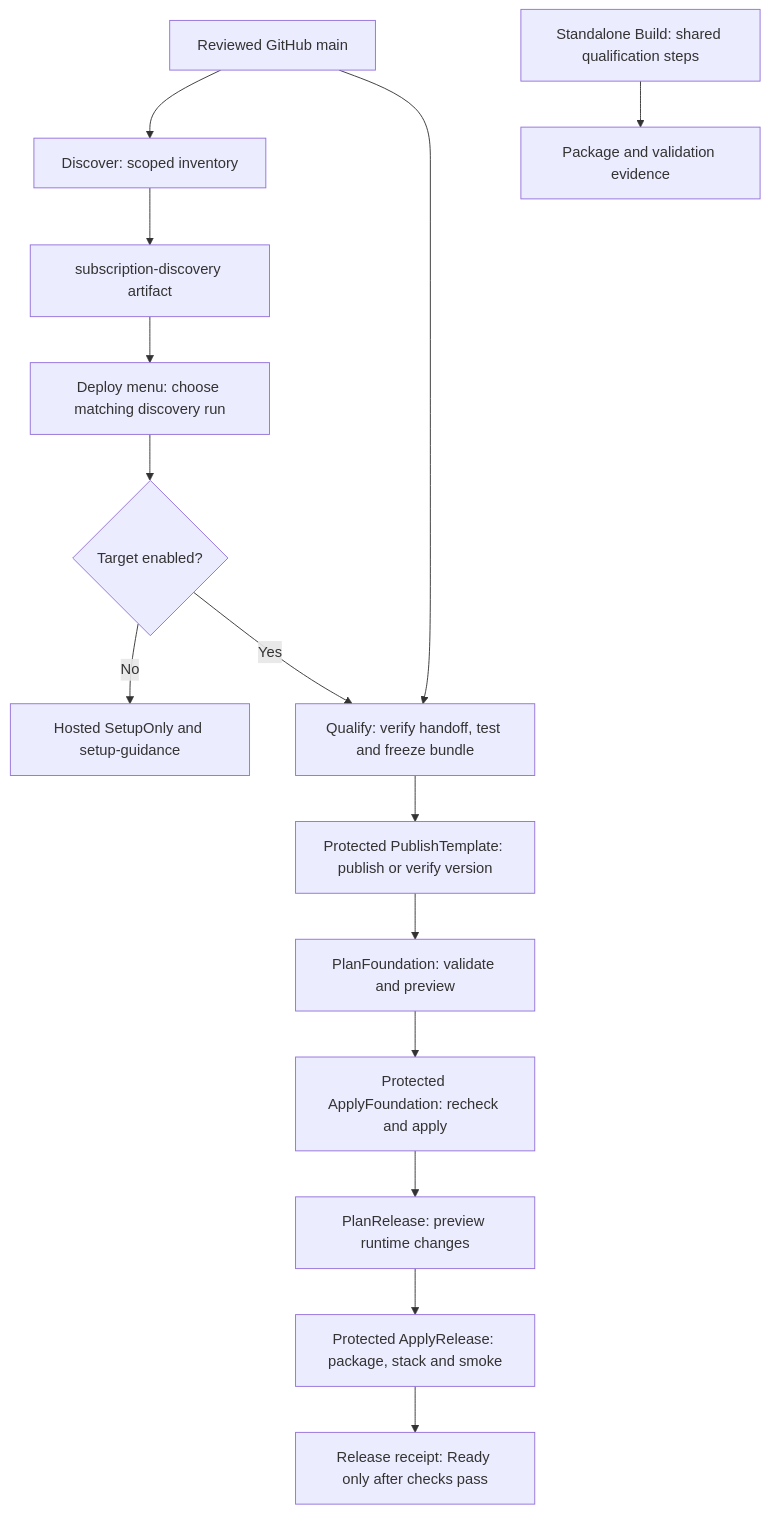
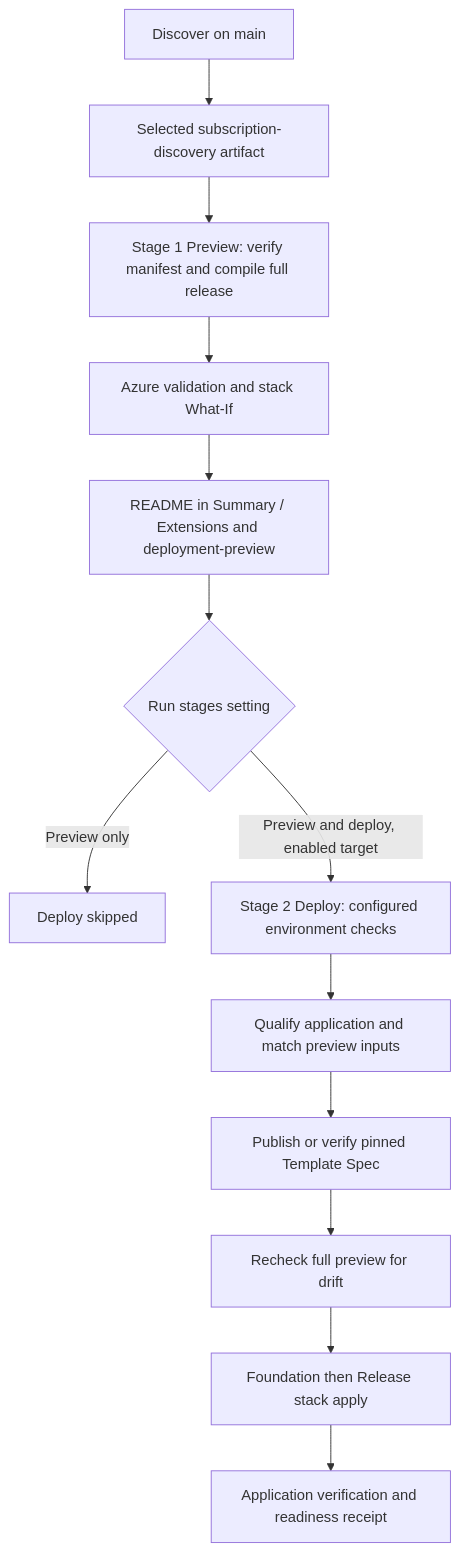
Before and after one commit to Enetact/Bicep: the diagram in docs/pipeline-flow.md, drawn with Mermaid. The commit also changed other lines of this file and 21 other files, not shown here.

First line of the commit message:
Add workload preview deployment scripts and common functions

````diff
--- a/docs/pipeline-flow.md
+++ b/docs/pipeline-flow.md
@@ -31,17 +31,15 @@
 ```mermaid
 flowchart TD
-    G[Reviewed GitHub main] --> D[Discover: scoped inventory]
-    D --> I[subscription-discovery artifact]
-    I --> M[Deploy menu: choose matching discovery run]
-    M --> E{Target enabled?}
-    E -->|No| S[Hosted SetupOnly and setup-guidance]
-    E -->|Yes| Q[Qualify: verify handoff, test and freeze bundle]
-    G --> Q
-    Q --> P[Protected PublishTemplate: publish or verify version]
-    P --> PF[PlanFoundation: validate and preview]
-    PF --> AF[Protected ApplyFoundation: recheck and apply]
-    AF --> PR[PlanRelease: preview runtime changes]
-    PR --> AR[Protected ApplyRelease: package, stack and smoke]
-    AR --> R[Release receipt: Ready only after checks pass]
-    B[Standalone Build: shared qualification steps] --> V[Package and validation evidence]
+    D[Discover on main] --> I[Selected subscription-discovery artifact]
+    I --> P[Stage 1 Preview: verify manifest and compile full release]
+    P --> W[Azure validation and stack What-If]
+    W --> R[README in Summary / Extensions and deployment-preview]
+    R --> M{Run stages setting}
+    M -->|Preview only| S[Deploy skipped]
+    M -->|Preview and deploy, enabled target| A[Stage 2 Deploy: configured environment checks]
+    A --> Q[Qualify application and match preview inputs]
+    Q --> T[Publish or verify pinned Template Spec]
+    T --> C[Recheck full preview for drift]
+    C --> F[Foundation then Release stack apply]
+    F --> V[Application verification and readiness receipt]
 ```
````
